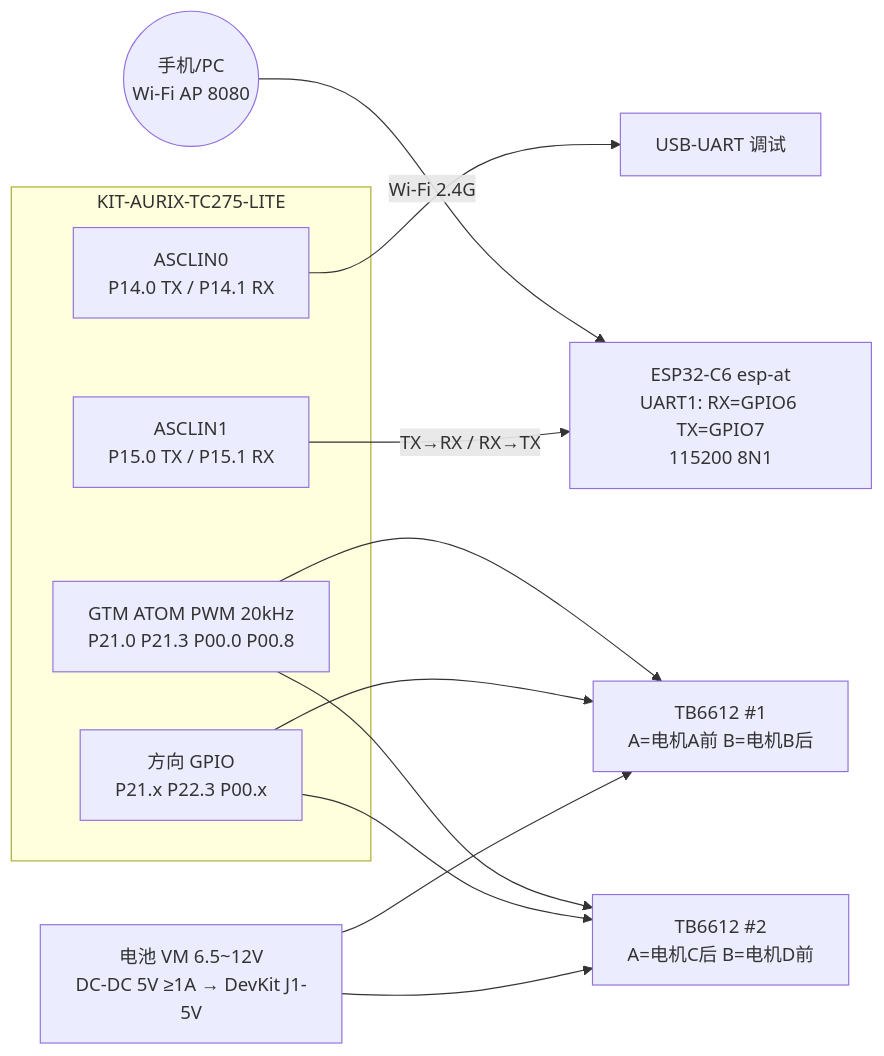
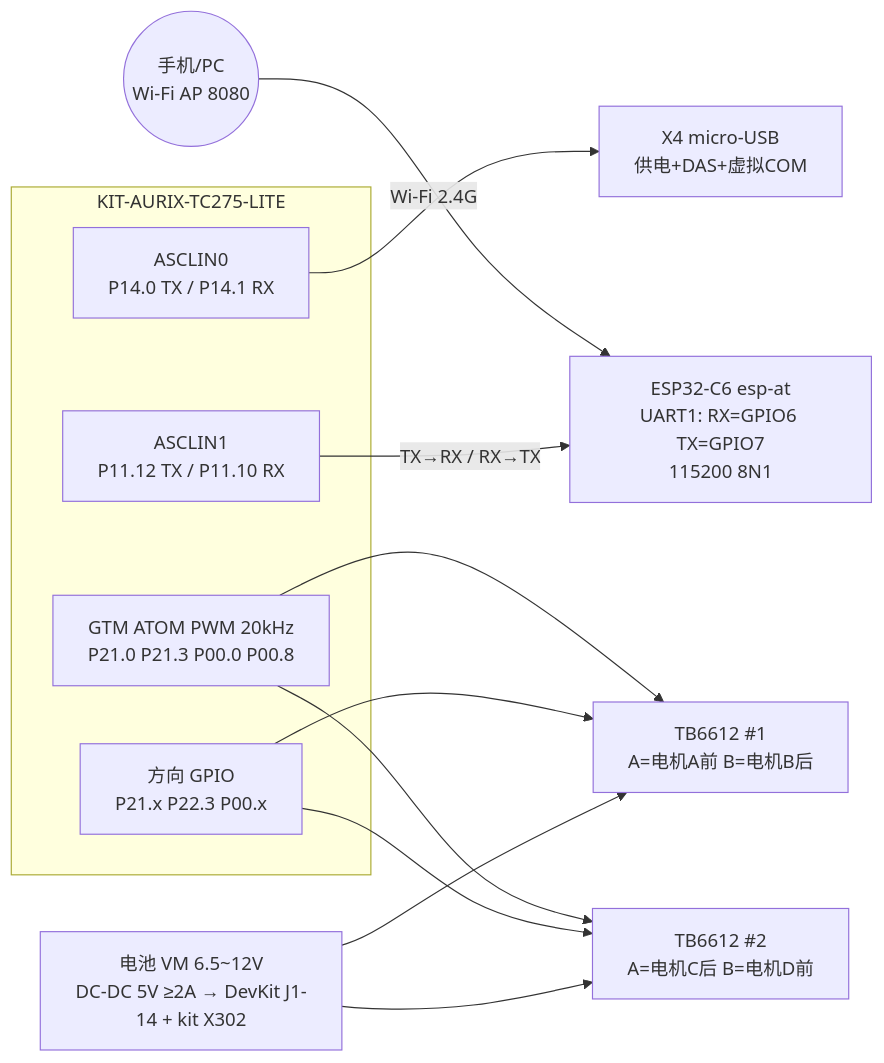
One commit to lilicqyu-ship-it/smartcar changed the diagram in doc/wiring.md. Above: the diagram before and after it, drawn with Mermaid. The commit also changed other lines of this file and 19 other files, not shown here.

````diff
--- a/doc/wiring.md
+++ b/doc/wiring.md
@@ -49,24 +49,24 @@
 ```mermaid
 flowchart LR
     subgraph TC275 [KIT-AURIX-TC275-LITE]
         ASC0[ASCLIN0<br/>P14.0 TX / P14.1 RX]
-        ASC1[ASCLIN1<br/>P15.0 TX / P15.1 RX]
+        ASC1[ASCLIN1<br/>P11.12 TX / P11.10 RX]
         PWM[GTM ATOM PWM 20kHz<br/>P21.0 P21.3 P00.0 P00.8]
         DIR[方向 GPIO<br/>P21.x P22.3 P00.x]
     end
     ESP[ESP32-C6 esp-at<br/>UART1: RX=GPIO6 TX=GPIO7<br/>115200 8N1]
     PHONE((手机/PC<br/>Wi-Fi AP 8080))
     DRV1[TB6612 #1<br/>A=电机A前 B=电机B后]
     DRV2[TB6612 #2<br/>A=电机C后 B=电机D前]
-    BAT[电池 VM 6.5~12V<br/>DC-DC 5V ≥1A → DevKit J1-5V]
+    BAT[电池 VM 6.5~12V<br/>DC-DC 5V ≥2A → DevKit J1-14 + kit X302]
 
     PHONE -- Wi-Fi 2.4G --> ESP
     ASC1 -- TX→RX / RX→TX --> ESP
-    ASC0 --> DBG[USB-UART 调试]
+    ASC0 --> DBG[X4 micro-USB<br/>供电+DAS+虚拟COM]
     PWM --> DRV1
     PWM --> DRV2
     DIR --> DRV1
     DIR --> DRV2
     BAT --> DRV1
     BAT --> DRV2
 ```
````
